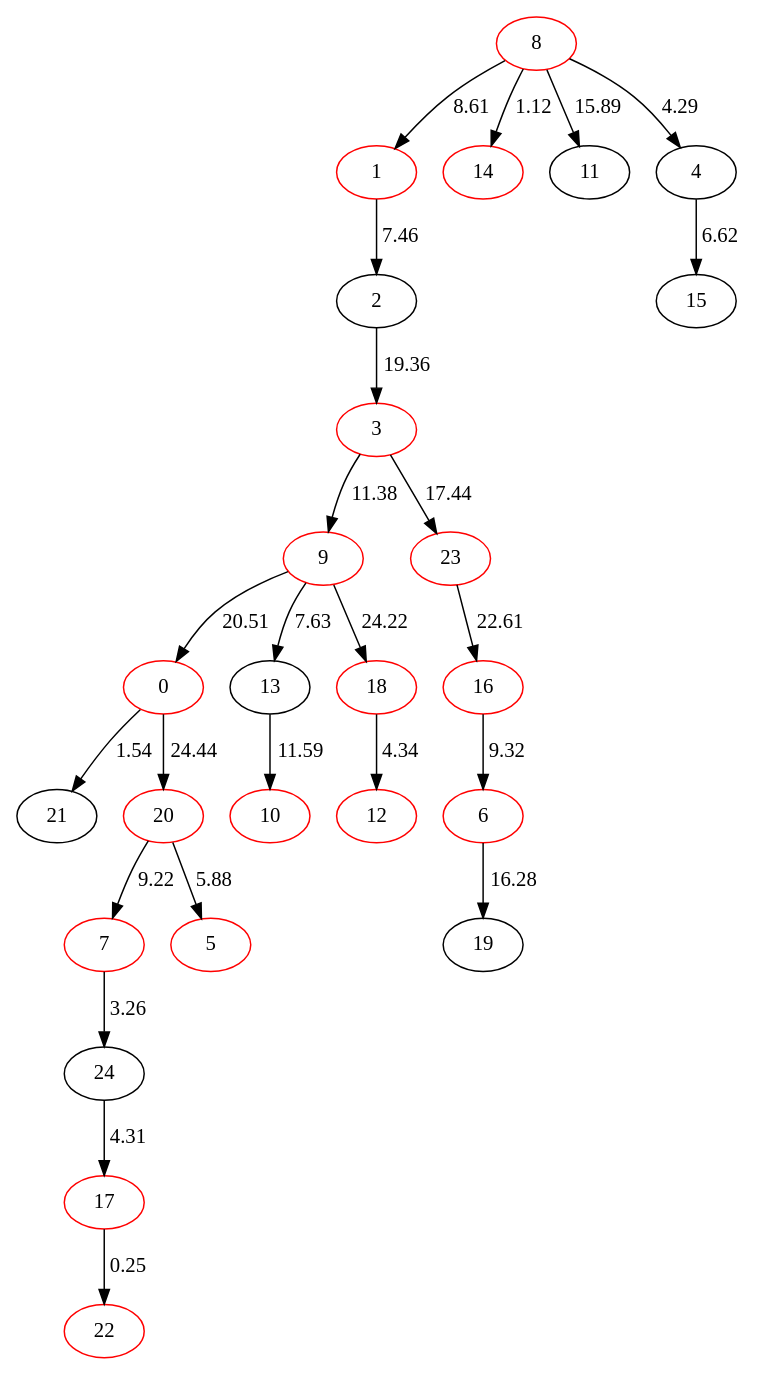
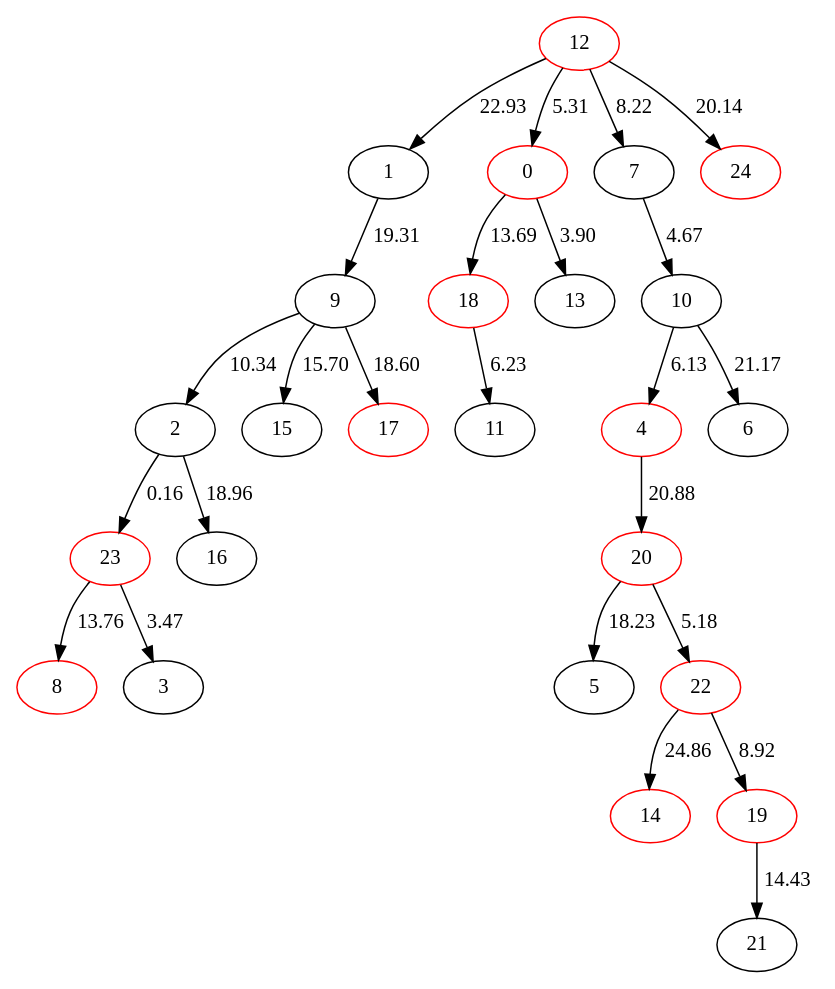
Before and after one commit to Aura9111/SteinerBA: the diagram in example/tree.dot, drawn with Graphviz. The commit also changed 5 other files, not shown here.

```diff
--- a/example/tree.dot
+++ b/example/tree.dot
@@ -1,51 +1,51 @@
 digraph {
+12[color=red]
+1[color=black]
+9[color=black]
+2[color=black]
+23[color=red]
 8[color=red]
-1[color=red]
-2[color=black]
-3[color=red]
-9[color=red]
+23->8[label=13.76]
+3[color=black]
+23->3[label=3.47]
+2->23[label=0.16]
+16[color=black]
+2->16[label=18.96]
+9->2[label=10.34]
+15[color=black]
+9->15[label=15.70]
+17[color=red]
+9->17[label=18.60]
+1->9[label=19.31]
+12->1[label=22.93]
 0[color=red]
+18[color=red]
+11[color=black]
+18->11[label=6.23]
+0->18[label=13.69]
+13[color=black]
+0->13[label=3.90]
+12->0[label=5.31]
+7[color=black]
+10[color=black]
+4[color=red]
+20[color=red]
+5[color=black]
+20->5[label=18.23]
+22[color=red]
+14[color=red]
+22->14[label=24.86]
+19[color=red]
 21[color=black]
-0->21[label=1.54]
-20[color=red]
-7[color=red]
-24[color=black]
-17[color=red]
-22[color=red]
-17->22[label=0.25]
-24->17[label=4.31]
-7->24[label=3.26]
-20->7[label=9.22]
-5[color=red]
-20->5[label=5.88]
-0->20[label=24.44]
-9->0[label=20.51]
-13[color=black]
-10[color=red]
-13->10[label=11.59]
-9->13[label=7.63]
-18[color=red]
-12[color=red]
-18->12[label=4.34]
-9->18[label=24.22]
-3->9[label=11.38]
-23[color=red]
-16[color=red]
-6[color=red]
-19[color=black]
-6->19[label=16.28]
-16->6[label=9.32]
-23->16[label=22.61]
-3->23[label=17.44]
-2->3[label=19.36]
-1->2[label=7.46]
-8->1[label=8.61]
-14[color=red]
-8->14[label=1.12]
-11[color=black]
-8->11[label=15.89]
-4[color=black]
-15[color=black]
-4->15[label=6.62]
-8->4[label=4.29]
+19->21[label=14.43]
+22->19[label=8.92]
+20->22[label=5.18]
+4->20[label=20.88]
+10->4[label=6.13]
+6[color=black]
+10->6[label=21.17]
+7->10[label=4.67]
+12->7[label=8.22]
+24[color=red]
+12->24[label=20.14]
 }
```
